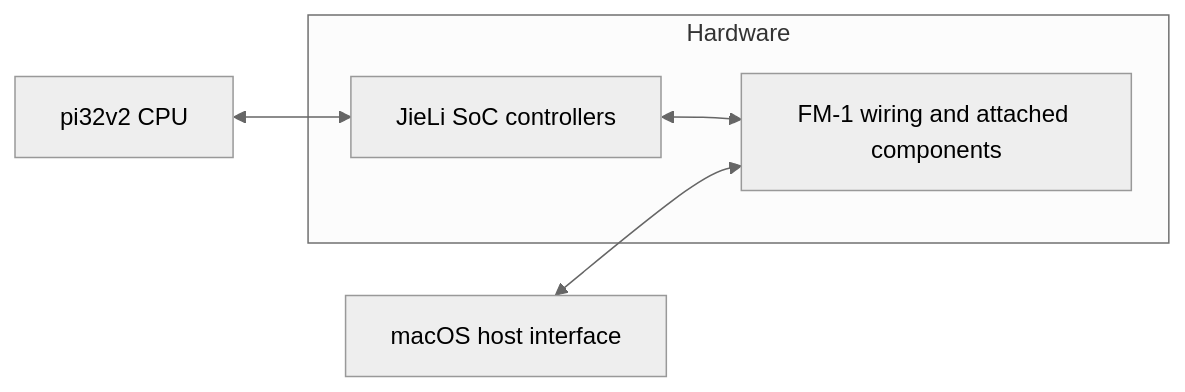
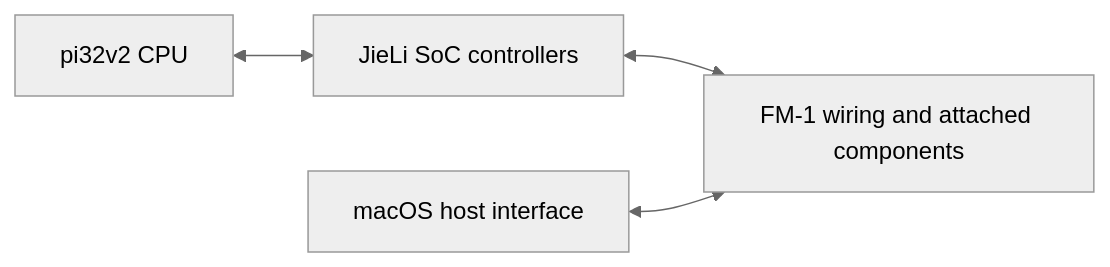
The diagram in qemu-poc/ARCHITECTURE.md (simonjohansson/fm1-emulator), drawn with Mermaid (neutral theme) before and after one commit. The commit also changed other lines of this file and 13 other files, not shown here.

````diff
--- a/qemu-poc/ARCHITECTURE.md
+++ b/qemu-poc/ARCHITECTURE.md
@@ -319,8 +8,6 @@
 ```mermaid
 flowchart LR
     CPU[pi32v2 CPU] <--> SOC[JieLi SoC controllers]
-    subgraph Hardware
-        SOC <--> Board[FM-1 wiring and attached components]
-    end
+    SOC <--> Board[FM-1 wiring and attached components]
     Host[macOS host interface] <--> Board
 ```
````
